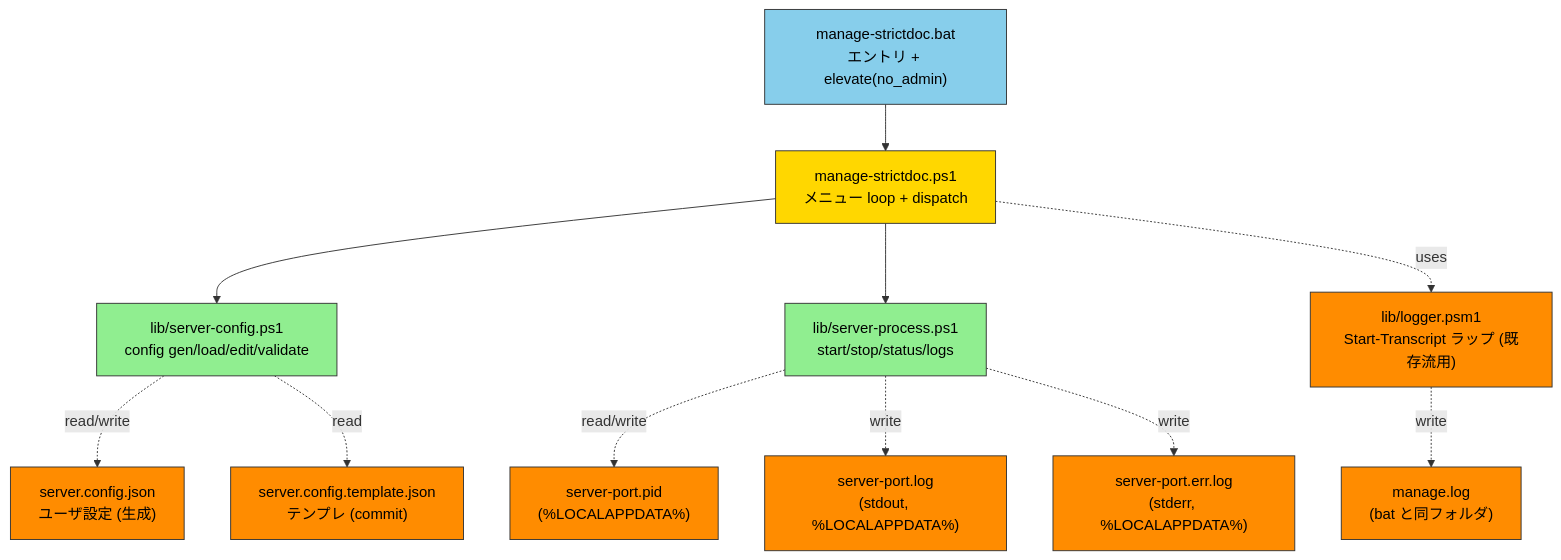
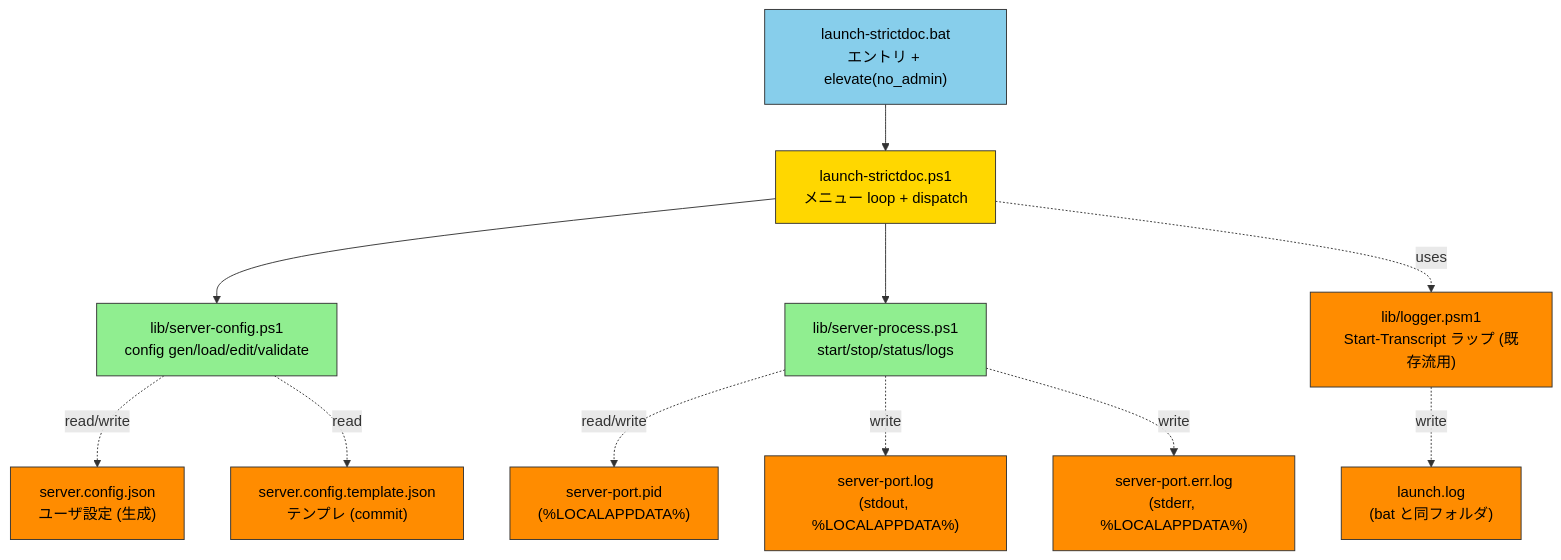
One commit to GoodRelax/StrictDocStarter changed the first of 6 diagrams in docs/serve-spec.md. Above: the diagram before and after it, drawn with Mermaid. The commit also changed other lines of this file and 9 other files, not shown here.

````diff
--- a/docs/serve-spec.md
+++ b/docs/serve-spec.md
@@ -319,30 +319,30 @@
 ```mermaid
 flowchart TB
-    Bat["manage-strictdoc.bat<br/>エントリ + elevate(no_admin)"]:::framework
-    Main["manage-strictdoc.ps1<br/>メニュー loop + dispatch"]:::usecase
+    Bat["launch-strictdoc.bat<br/>エントリ + elevate(no_admin)"]:::framework
+    Main["launch-strictdoc.ps1<br/>メニュー loop + dispatch"]:::usecase
     Cfg["lib/server-config.ps1<br/>config gen/load/edit/validate"]:::adapter
     Proc["lib/server-process.ps1<br/>start/stop/status/logs"]:::adapter
     Log["lib/logger.psm1<br/>Start-Transcript ラップ (既存流用)"]:::entity
     Conf["server.config.json<br/>ユーザ設定 (生成)"]:::entity
     Tmpl["server.config.template.json<br/>テンプレ (commit)"]:::entity
     Pid["server-port.pid<br/>(%LOCALAPPDATA%)"]:::entity
     SLog["server-port.log<br/>(stdout, %LOCALAPPDATA%)"]:::entity
     ELog["server-port.err.log<br/>(stderr, %LOCALAPPDATA%)"]:::entity
-    MLog["manage.log<br/>(bat と同フォルダ)"]:::entity
+    MLog["launch.log<br/>(bat と同フォルダ)"]:::entity
 
     Bat --> Main
     Main --> Cfg
     Main --> Proc
     Main -.uses.-> Log
     Cfg -.read/write.-> Conf
     Cfg -.read.-> Tmpl
     Proc -.read/write.-> Pid
     Proc -.write.-> SLog
     Proc -.write.-> ELog
     Log -.write.-> MLog
 
     classDef entity fill:#FF8C00,stroke:#333,color:#000
     classDef usecase fill:#FFD700,stroke:#333,color:#000
     classDef adapter fill:#90EE90,stroke:#333,color:#000
     classDef framework fill:#87CEEB,stroke:#333,color:#000
 ```
````
